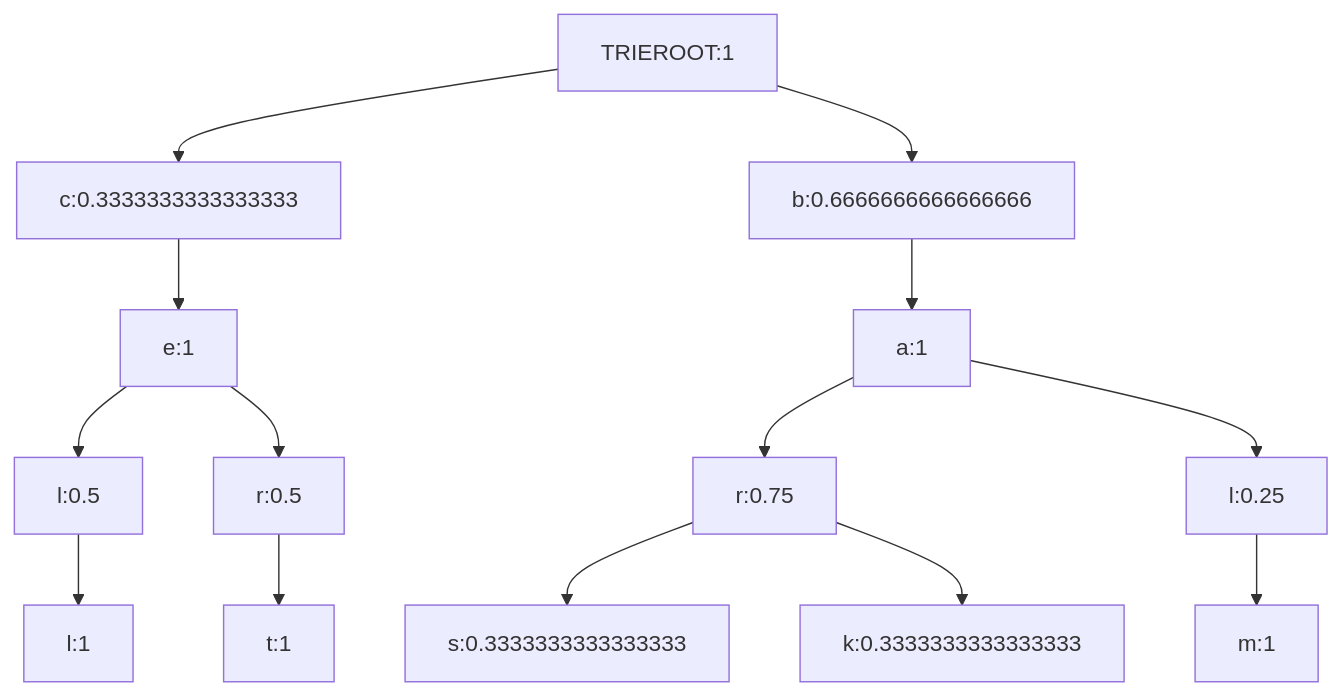
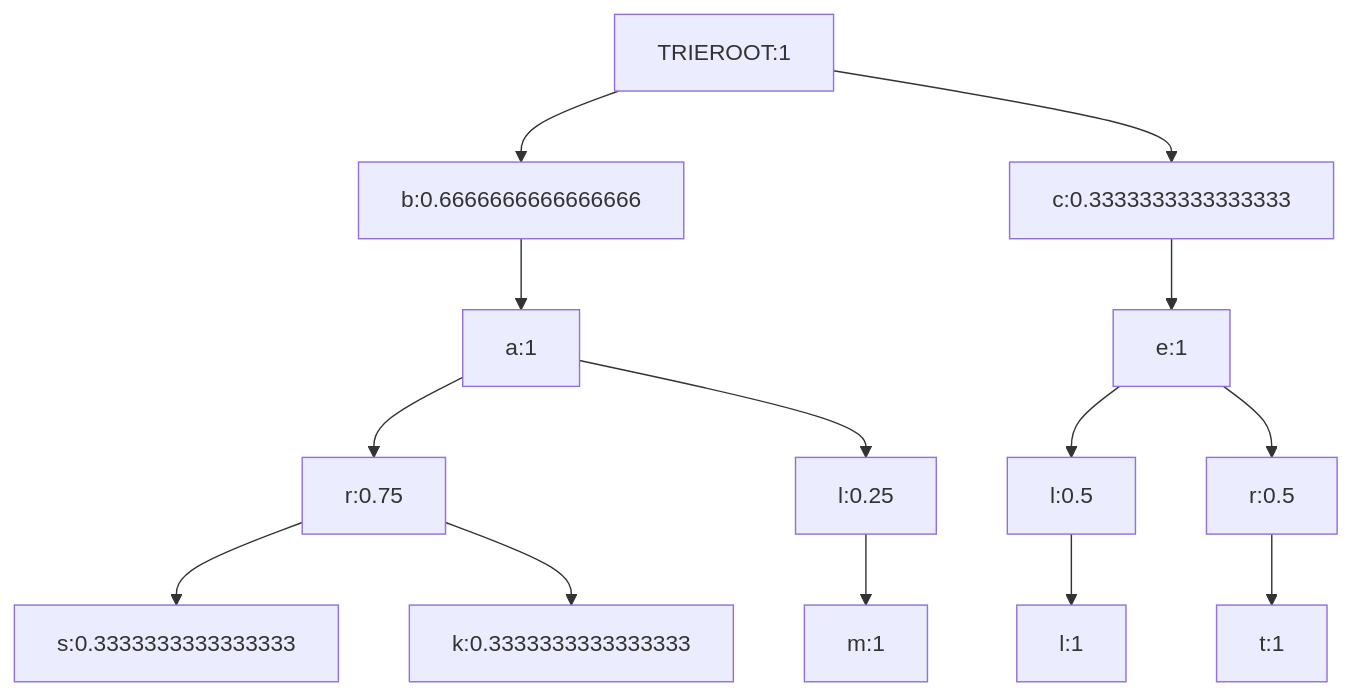
The fourth of 4 diagrams in Presentations/Interactive-Mermaid-diagrams-generation-via-Markdown-evaluation/Interactive-Mermaid-diagrams-generation-via-Markdown-evaluation.md (antononcube/RakuForPrediction-book), drawn with Mermaid before and after one commit. The commit also changed other lines of this file and 1 other file, not shown here.

Commit message:
docs:Better main diagram.

````diff
--- a/Presentations/Interactive-Mermaid-diagrams-generation-via-Markdown-evaluation/Interactive-Mermaid-diagrams-generation-via-Markdown-evaluation.md
+++ b/Presentations/Interactive-Mermaid-diagrams-generation-via-Markdown-evaluation/Interactive-Mermaid-diagrams-generation-via-Markdown-evaluation.md
@@ -344,16 +348,16 @@
 ```mermaid
 graph TD
-TRIEROOT:1 --> c:0.3333333333333333
-c:0.3333333333333333 --> e:1
-e:1 --> l:0.5
-l:0.5 --> l:1
-e:1 --> r:0.5
-r:0.5 --> t:1
 TRIEROOT:1 --> b:0.6666666666666666
 b:0.6666666666666666 --> a:1
 a:1 --> r:0.75
 r:0.75 --> s:0.3333333333333333
 r:0.75 --> k:0.3333333333333333
 a:1 --> l:0.25
 l:0.25 --> m:1
+TRIEROOT:1 --> c:0.3333333333333333
+c:0.3333333333333333 --> e:1
+e:1 --> l:0.5
+l:0.5 --> l:1
+e:1 --> r:0.5
+r:0.5 --> t:1
 ```
````
